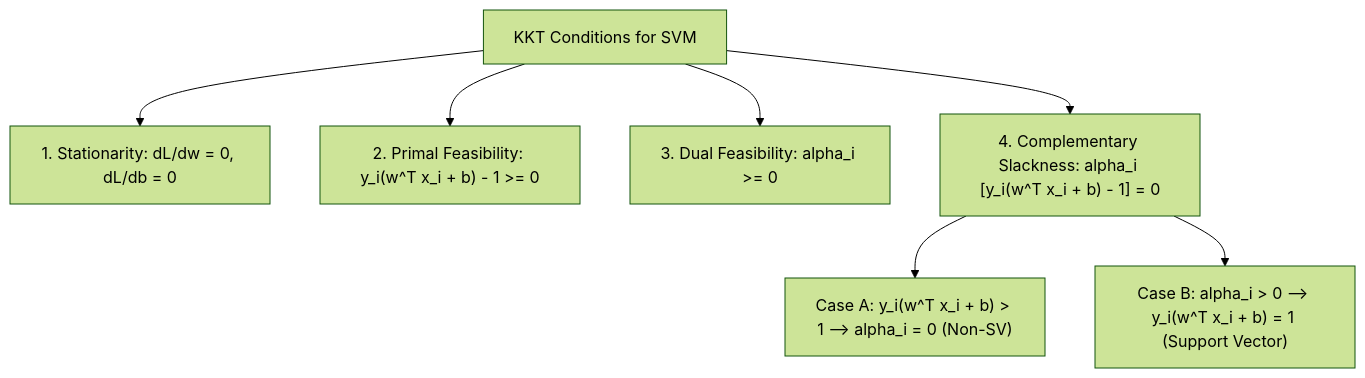
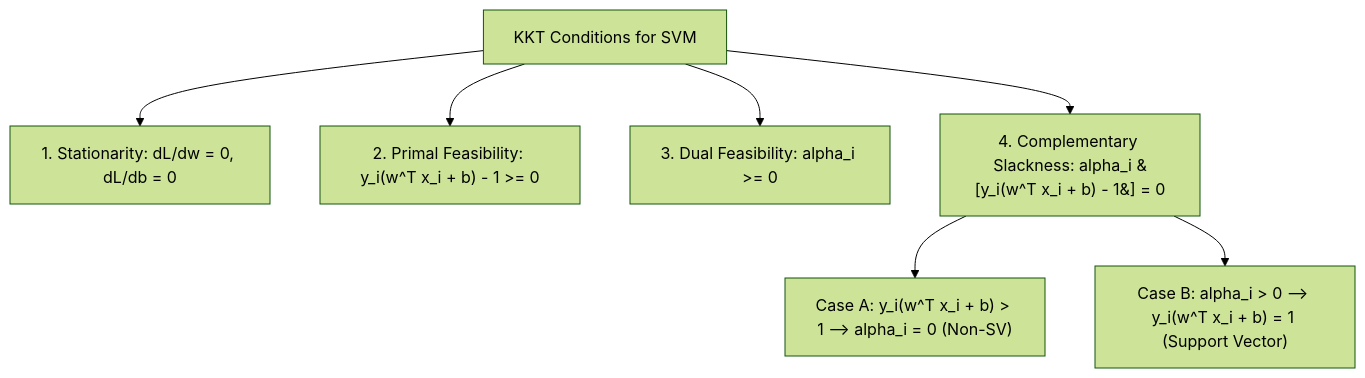
The third of 7 diagrams in notes/machine_learning/support_vector_machines.md (DeepLumiere/DeepSkills), drawn with Mermaid (forest theme) before and after one commit. The commit also changed other lines of this file and 56 other files, not shown here.

````diff
--- a/notes/machine_learning/support_vector_machines.md
+++ b/notes/machine_learning/support_vector_machines.md
@@ -334,11 +334,11 @@
 ```mermaid
 flowchart TD
     KKT["KKT Conditions for SVM"]
     KKT --> S1["1. Stationarity: dL/dw = 0, dL/db = 0"]
     KKT --> S2["2. Primal Feasibility: y_i(w^T x_i + b) - 1 >= 0"]
     KKT --> S3["3. Dual Feasibility: alpha_i >= 0"]
-    KKT --> S4["4. Complementary Slackness: alpha_i [y_i(w^T x_i + b) - 1] = 0"]
+    KKT --> S4["4. Complementary Slackness: alpha_i &#91;y_i(w^T x_i + b) - 1&#93; = 0"]
 
     S4 --> CASEA["Case A: y_i(w^T x_i + b) > 1 --> alpha_i = 0 (Non-SV)"]
     S4 --> CASEB["Case B: alpha_i > 0 --> y_i(w^T x_i + b) = 1 (Support Vector)"]
 ```
````
